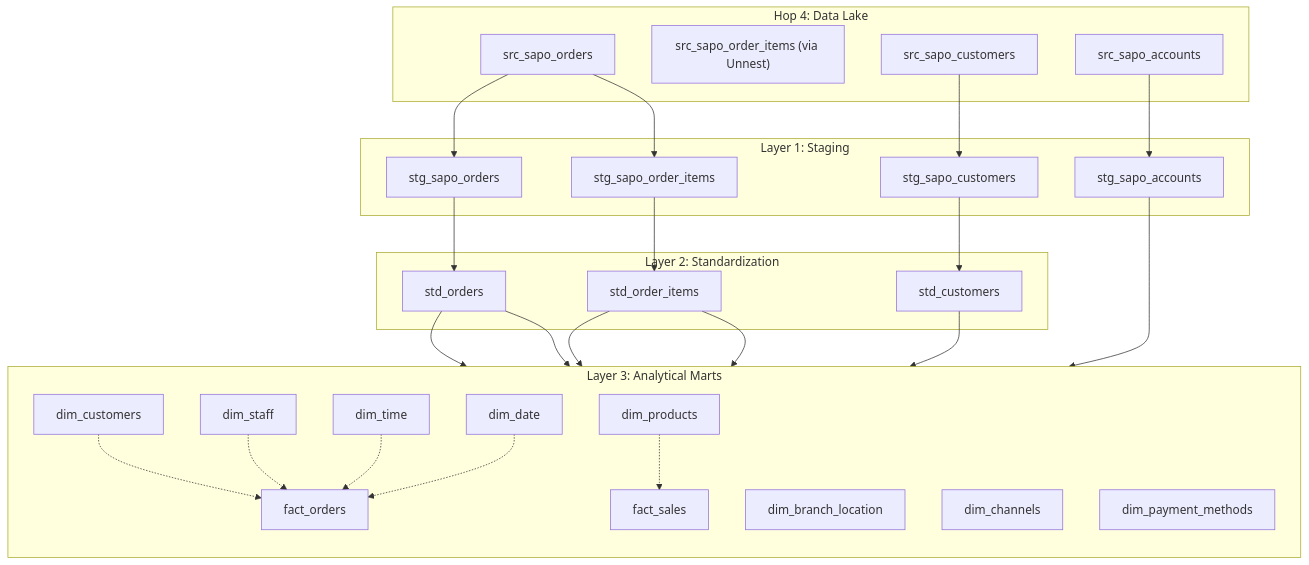
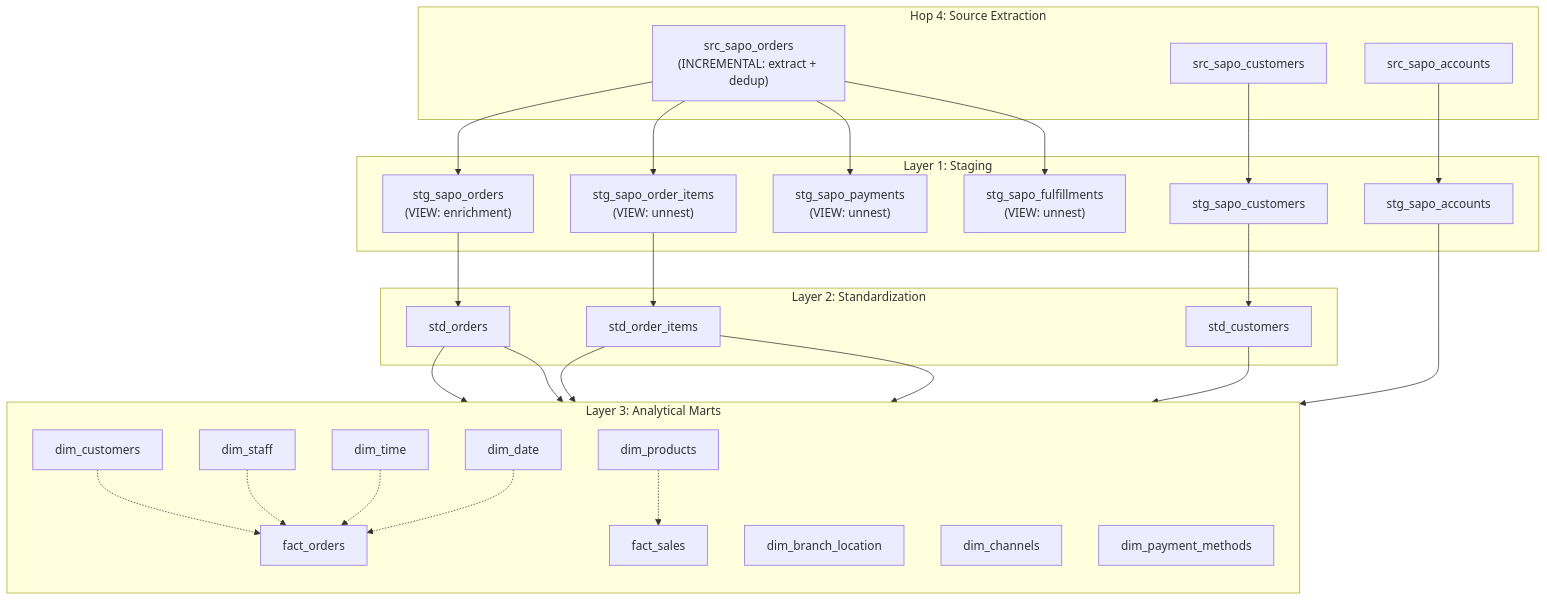
The diagram in transformation/docs/ARCHITECTURE_DETAIL.md (vantt/data-integration), drawn with Mermaid before and after one commit. The commit also changed other lines of this file and 16 other files, not shown here.

First line of the commit message:
fix(dbt): OOM fix #4 — split src_/stg_ extraction layer, update docs

````diff
--- a/transformation/docs/ARCHITECTURE_DETAIL.md
+++ b/transformation/docs/ARCHITECTURE_DETAIL.md
@@ -9,71 +9,74 @@
 ```mermaid
 graph TD
     %% Source Layer (Hop 4)
-    subgraph Raw_Lake [Hop 4: Data Lake]
-        src_orders[src_sapo_orders]
-        src_items["src_sapo_order_items (via Unnest)"]
+    subgraph Source_Extract [Hop 4: Source Extraction]
+        src_orders["src_sapo_orders<br/>(INCREMENTAL: extract + dedup)"]
         src_cust[src_sapo_customers]
         src_acc[src_sapo_accounts]
     end
 
-    %% Staging Layer (Hop 5 - Cleaning)
+    %% Staging Layer (Hop 5 - Enrichment & Unnest)
     subgraph Staging [Layer 1: Staging]
-        stg_orders[stg_sapo_orders]
-        stg_items[stg_sapo_order_items]
+        stg_orders["stg_sapo_orders<br/>(VIEW: enrichment)"]
+        stg_items["stg_sapo_order_items<br/>(VIEW: unnest)"]
+        stg_pay["stg_sapo_payments<br/>(VIEW: unnest)"]
+        stg_ful["stg_sapo_fulfillments<br/>(VIEW: unnest)"]
         stg_cust[stg_sapo_customers]
         stg_acc[stg_sapo_accounts]
 
         src_orders --> stg_orders
         src_orders --> stg_items
+        src_orders --> stg_pay
+        src_orders --> stg_ful
         src_cust --> stg_cust
         src_acc --> stg_acc
     end
 
     %% Standard Layer (Hop 5 - Gold Standard)
     subgraph Standard [Layer 2: Standardization]
         std_orders[std_orders]
         std_items[std_order_items]
         std_cust[std_customers]
 
         stg_orders --> std_orders
         stg_items --> std_items
         stg_cust --> std_cust
     end
 
     %% Marts Layer (Hop 6 - Serving)
     subgraph Marts [Layer 3: Analytical Marts]
         direction TB
         %% Dimensions (Incremental)
         dim_cust[dim_customers]
         dim_prod[dim_products]
 
         %% Dimensions (Static/Type 1)
         dim_staff[dim_staff]
         dim_time[dim_time]
         dim_date[dim_date]
         dim_loc[dim_branch_location]
         dim_chan[dim_channels]
         dim_pay[dim_payment_methods]
 
         %% Facts (Incremental)
         fact_orders[fact_orders]
         fact_sales[fact_sales]
 
         %% Dependencies
         std_cust --> dim_cust
         std_items --> dim_prod
         stg_acc --> dim_staff
 
         %% Fact Construction
         std_orders --> fact_orders
         std_orders --> fact_sales
         std_items --> fact_sales
 
         %% Joins for Facts (Conceptual)
         dim_cust -.-> fact_orders
         dim_staff -.-> fact_orders
         dim_prod -.-> fact_sales
         dim_time -.-> fact_orders
         dim_date -.-> fact_orders
     end
 ```
````
